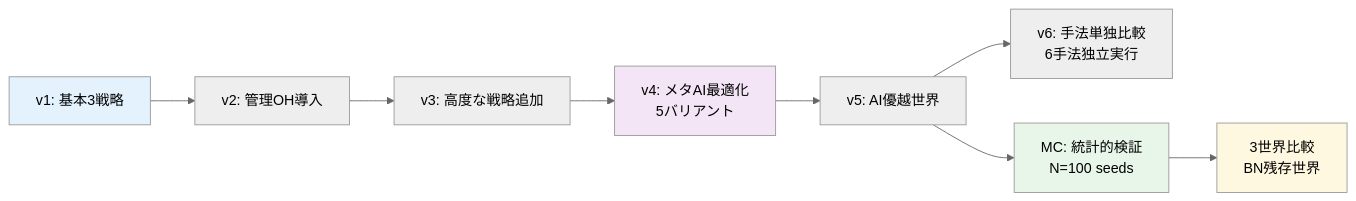
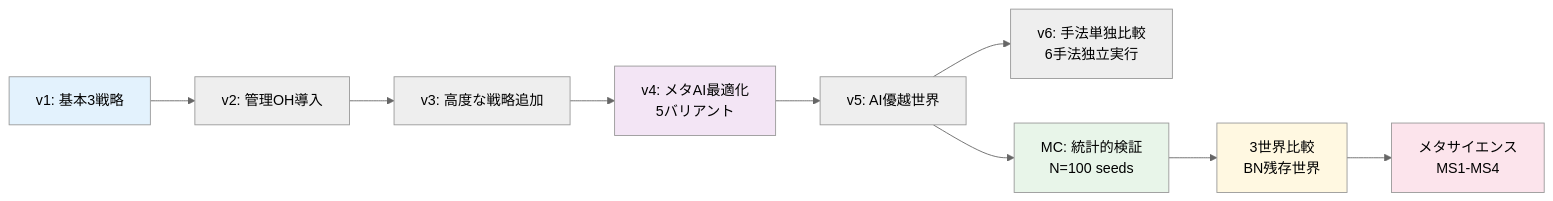
One commit to Taiyou/DeSciTokyo changed the fourth of 4 diagrams in docs/wiki/Home.md. Above: the diagram before and after it, drawn with Mermaid (neutral theme). The commit also changed other lines of this file and 66 other files, not shown here.

````diff
--- a/docs/wiki/Home.md
+++ b/docs/wiki/Home.md
@@ -155,15 +168,17 @@
 ```mermaid
 graph LR
     V1["v1: 基本3戦略"] --> V2["v2: 管理OH導入"]
     V2 --> V3["v3: 高度な戦略追加"]
     V3 --> V4["v4: メタAI最適化<br/>5バリアント"]
     V4 --> V5["v5: AI優越世界"]
     V5 --> V6["v6: 手法単独比較<br/>6手法独立実行"]
     V5 --> MC["MC: 統計的検証<br/>N=100 seeds"]
     MC --> W3["3世界比較<br/>BN残存世界"]
+    W3 --> MS["メタサイエンス<br/>MS1-MS4"]
 
     style V1 fill:#e3f2fd
     style V4 fill:#f3e5f5
     style MC fill:#e8f5e9
     style W3 fill:#fff8e1
+    style MS fill:#fce4ec
 ```
````
